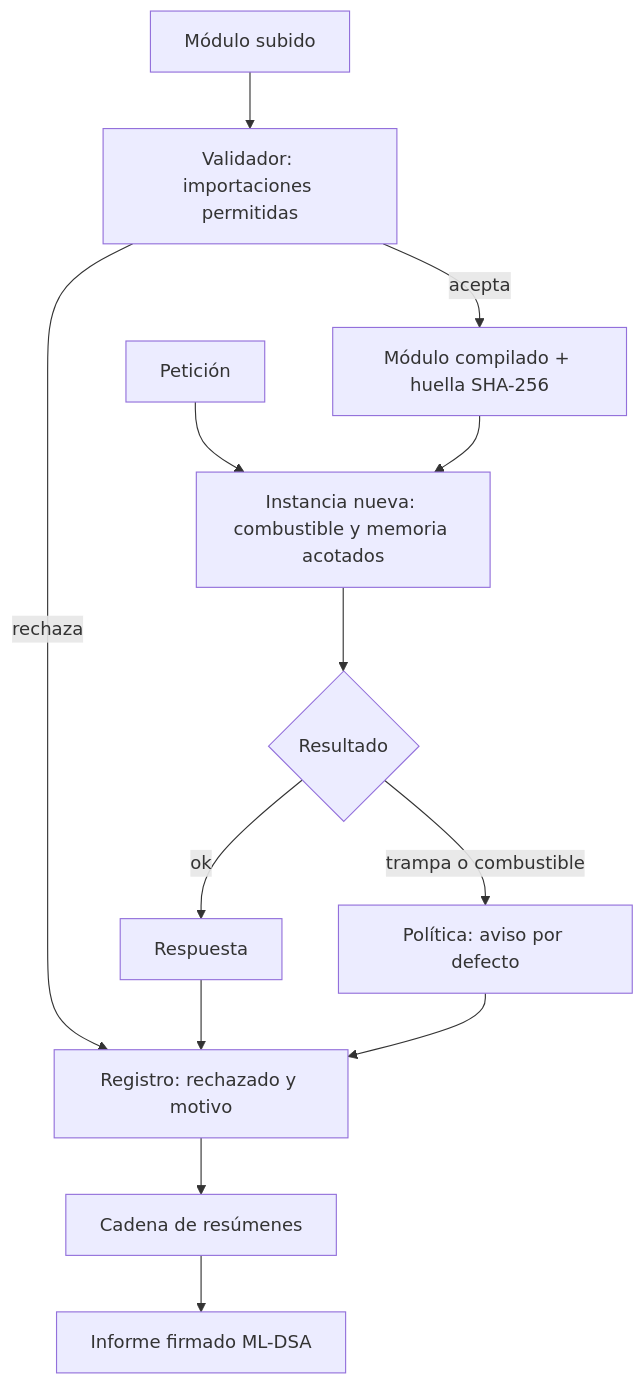
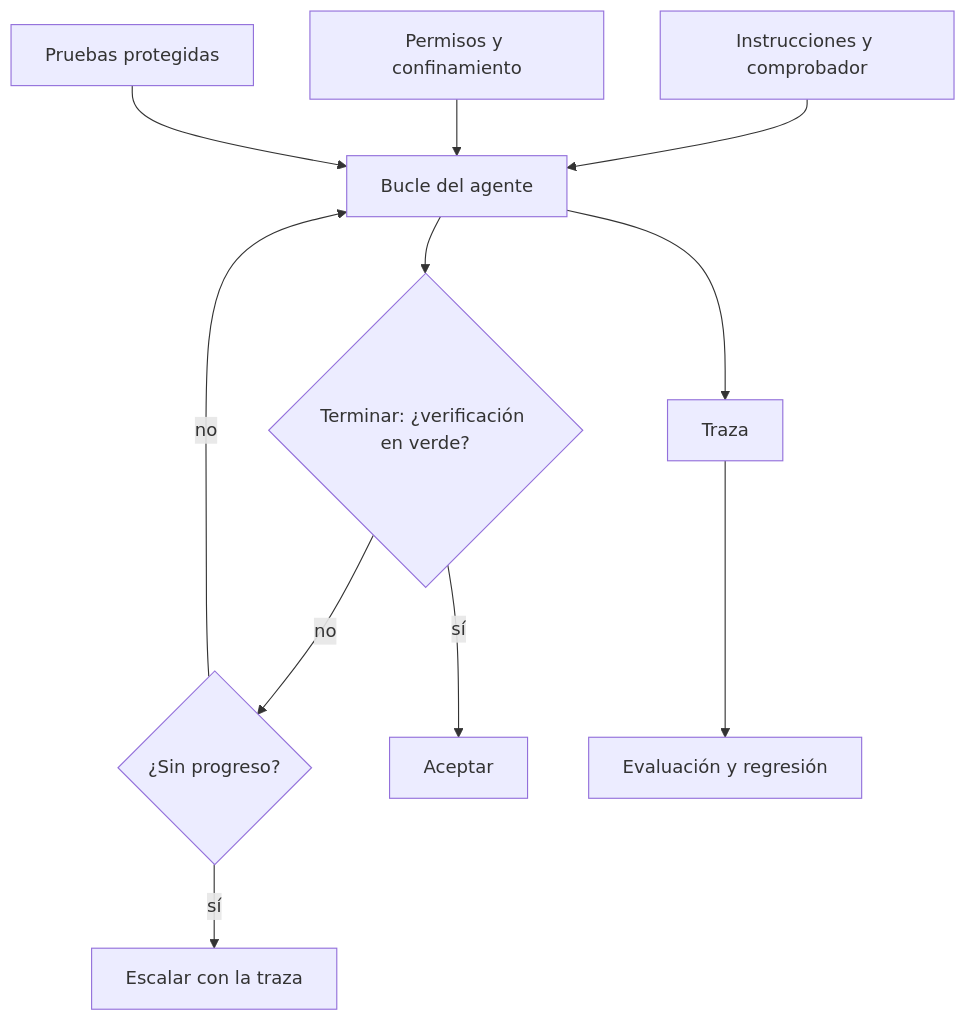
One commit to vladimiracunadev-create/modern-software-engineering-program changed the diagram in content/part-48/SE-588.md. Above: the diagram before and after it, drawn with Mermaid. The commit also changed other lines of this file and 5193 other files, not shown here.

````diff
--- a/content/part-48/SE-588.md
+++ b/content/part-48/SE-588.md
@@ -56,15 +57,13 @@
 ```mermaid
 flowchart TD
-    A[Módulo subido] --> B[Validador: importaciones permitidas]
-    B -->|rechaza| R[Registro: rechazado y motivo]
-    B -->|acepta| C[Módulo compilado + huella SHA-256]
-    D[Petición] --> E[Instancia nueva: combustible y memoria acotados]
-    C --> E
-    E --> F{Resultado}
-    F -->|ok| G[Respuesta]
-    F -->|trampa o combustible| H[Política: aviso por defecto]
-    G --> R
-    H --> R
-    R --> I[Cadena de resúmenes]
-    I --> J[Informe firmado ML-DSA]
+    I[Instrucciones y comprobador] --> L[Bucle del agente]
+    P[Permisos y confinamiento] --> L
+    T[Pruebas protegidas] --> L
+    L --> V{Terminar: ¿verificación en verde?}
+    V -->|no| N{¿Sin progreso?}
+    N -->|no| L
+    N -->|sí| E[Escalar con la traza]
+    V -->|sí| OK[Aceptar]
+    L --> R[Traza]
+    R --> EV[Evaluación y regresión]
 ```
````
